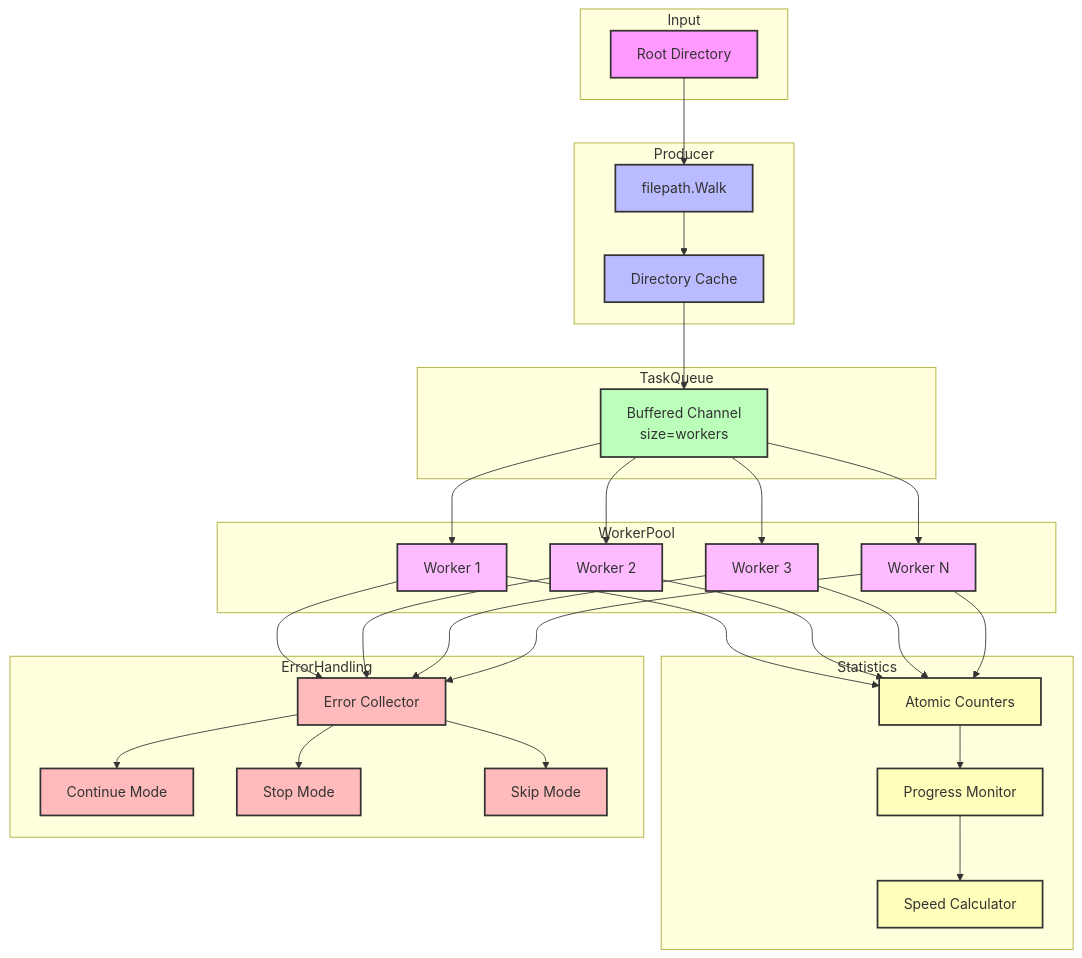
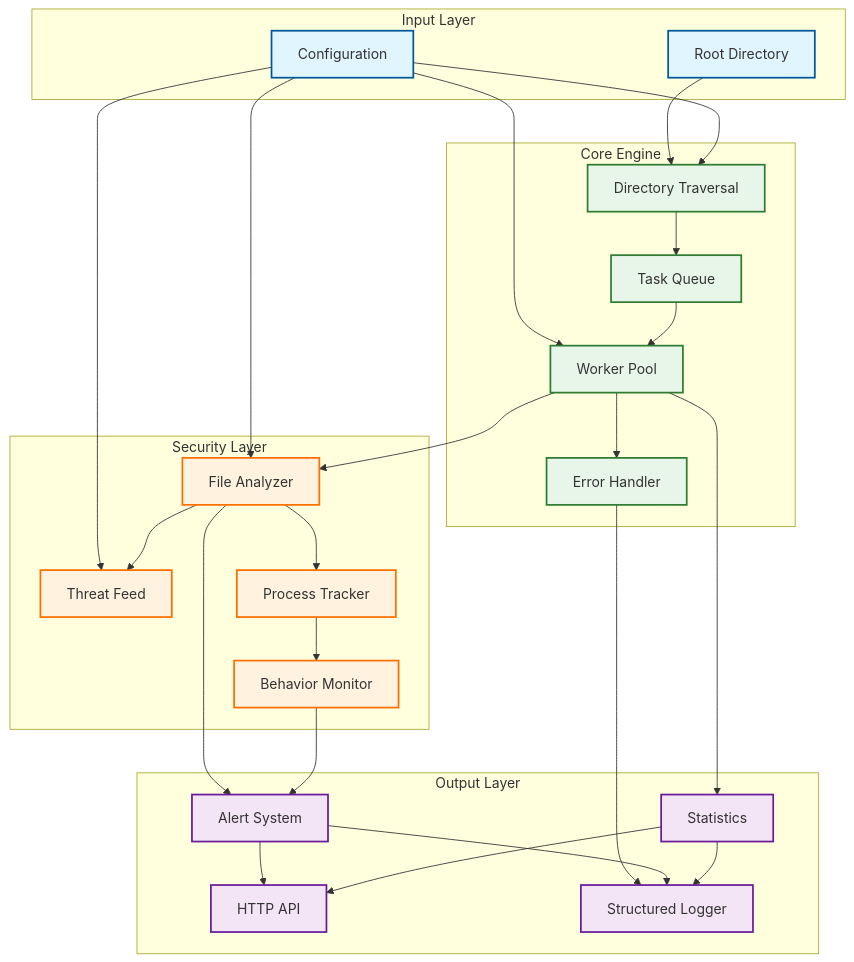
The diagram in README.md (TFMV/filewalker), drawn with Mermaid before and after one commit. The commit also changed other lines of this file and 7 other files, not shown here.

````diff
--- a/README.md
+++ b/README.md
@@ -74,74 +55,63 @@
 ```mermaid
 graph TB
-    subgraph Input
+    subgraph "Input Layer"
         Root[Root Directory]
+        Config[Configuration]
     end
 
-    subgraph Producer
-        Walk[filepath.Walk]
-        Cache[Directory Cache]
-        Walk --> Cache
+    subgraph "Core Engine"
+        Producer[Directory Traversal]
+        TaskQueue[Task Queue]
+        WorkerPool[Worker Pool]
+        ErrorHandler[Error Handler]
     end
 
-    subgraph TaskQueue
-        Channel[Buffered Channel<br>size=workers]
+    subgraph "Security Layer"
+        FileAnalyzer[File Analyzer]
+        ThreatFeed[Threat Feed]
+        ProcessTracker[Process Tracker]
+        BehaviorMonitor[Behavior Monitor]
     end
 
-    subgraph WorkerPool
-        W1[Worker 1]
-        W2[Worker 2]
-        W3[Worker 3]
-        WN[Worker N]
+    subgraph "Output Layer"
+        Alerts[Alert System]
+        Stats[Statistics]
+        API[HTTP API]
+        Logger[Structured Logger]
     end
 
-    subgraph Statistics
-        Atomic[Atomic Counters]
-        Progress[Progress Monitor]
-        Speed[Speed Calculator]
-    end
+    Root --> Producer
+    Config --> Producer
+    Config --> WorkerPool
+    Config --> FileAnalyzer
+    Config --> ThreatFeed
 
-    subgraph ErrorHandling
-        ErrContinue[Continue Mode]
-        ErrStop[Stop Mode]
-        ErrSkip[Skip Mode]
-        ErrCollector[Error Collector]
-    end
+    Producer --> TaskQueue
+    TaskQueue --> WorkerPool
+    WorkerPool --> ErrorHandler
+    WorkerPool --> FileAnalyzer
+    WorkerPool --> Stats
 
-    Root --> Walk
-    Cache --> Channel
-    Channel --> W1
-    Channel --> W2
-    Channel --> W3
-    Channel --> WN
+    FileAnalyzer --> ThreatFeed
+    FileAnalyzer --> ProcessTracker
+    ProcessTracker --> BehaviorMonitor
     
-    W1 --> Atomic
-    W2 --> Atomic
-    W3 --> Atomic
-    WN --> Atomic
+    FileAnalyzer --> Alerts
+    BehaviorMonitor --> Alerts
     
-    Atomic --> Progress
-    Progress --> Speed
-    
-    W1 --> ErrCollector
-    W2 --> ErrCollector
-    W3 --> ErrCollector
-    WN --> ErrCollector
-    
-    ErrCollector --> ErrContinue
-    ErrCollector --> ErrStop
-    ErrCollector --> ErrSkip
+    Alerts --> API
+    Stats --> API
+    ErrorHandler --> Logger
+    Alerts --> Logger
+    Stats --> Logger
 
-    classDef default fill:#f9f,stroke:#333,stroke-width:2px;
-    classDef producer fill:#bbf,stroke:#333,stroke-width:2px;
-    classDef queue fill:#bfb,stroke:#333,stroke-width:2px;
-    classDef workers fill:#fbf,stroke:#333,stroke-width:2px;
-    classDef stats fill:#ffb,stroke:#333,stroke-width:2px;
-    classDef errors fill:#fbb,stroke:#333,stroke-width:2px;
+    classDef input fill:#e1f5fe,stroke:#01579b,stroke-width:2px;
+    classDef core fill:#e8f5e9,stroke:#2e7d32,stroke-width:2px;
+    classDef security fill:#fff3e0,stroke:#ff6f00,stroke-width:2px;
+    classDef output fill:#f3e5f5,stroke:#6a1b9a,stroke-width:2px;
 
-    class Root default;
-    class Walk,Cache producer;
-    class Channel queue;
-    class W1,W2,W3,WN workers;
-    class Atomic,Progress,Speed stats;
-    class ErrContinue,ErrStop,ErrSkip,ErrCollector errors;
+    class Root,Config input;
+    class Producer,TaskQueue,WorkerPool,ErrorHandler core;
+    class FileAnalyzer,ThreatFeed,ProcessTracker,BehaviorMonitor security;
+    class Alerts,Stats,API,Logger output;
 ```
````
